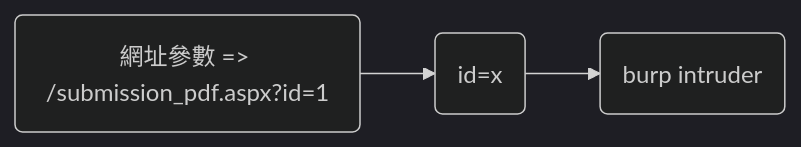
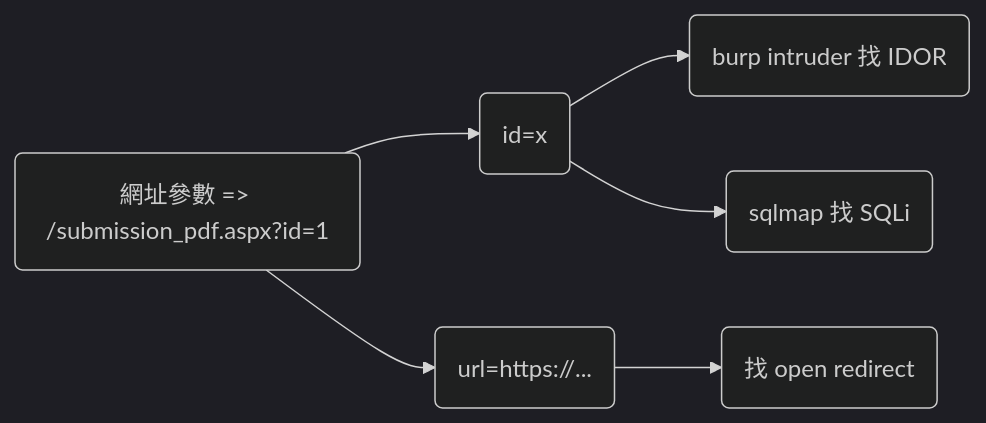
One commit to awchjimmy/linux-journey changed the second of 2 diagrams in 流程圖/白帽流程圖.md. Above: the diagram before and after it, drawn with Mermaid (dark theme).

````diff
--- a/流程圖/白帽流程圖.md
+++ b/流程圖/白帽流程圖.md
@@ -13,5 +13,8 @@
 ```mermaid
 flowchart LR
     id1(網址參數 => /submission_pdf.aspx?id=1) --> id101("id=x")
-    id101 --> id10101(burp intruder)
+    id101 --> id10101(burp intruder 找 IDOR)
+    id101 --> id10102(sqlmap 找 SQLi)
+    id1 --> id102("url=https://...")
+    id102 --> id10201("找 open redirect")
 ```
````
